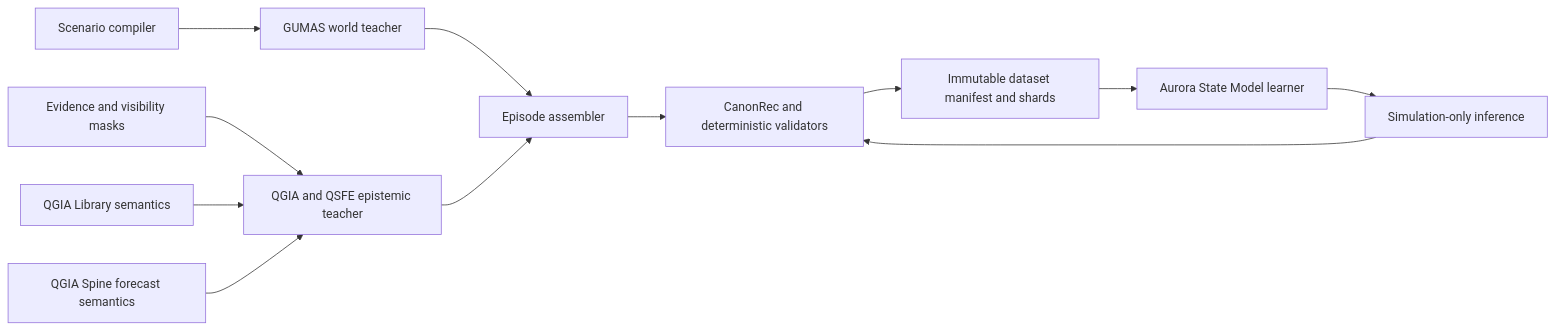
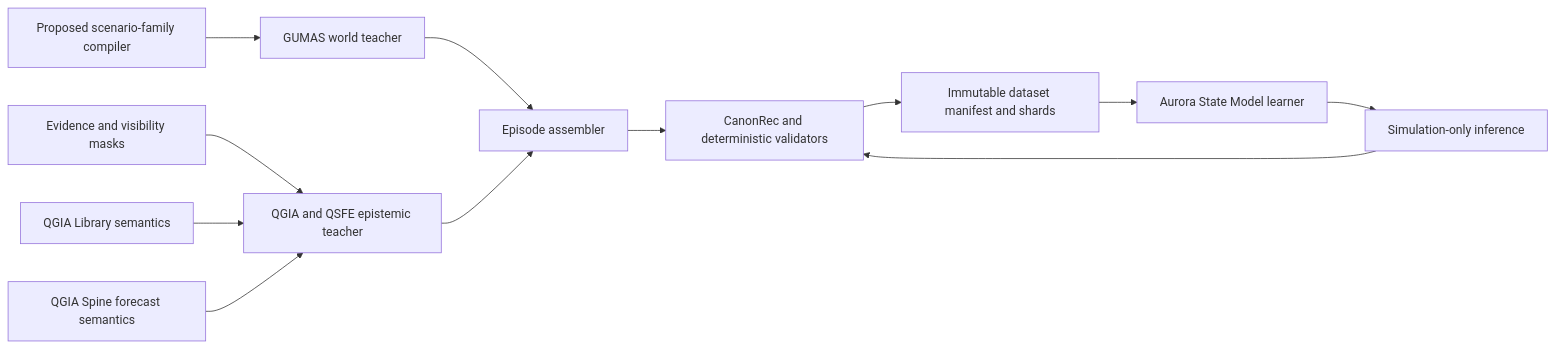
Before and after one commit to AUo959/Aurora_ORIONCORE_Directory_Main: the diagram in docs/AURORA_STATE_MODEL_WHITE_PAPER_v0_1.md, drawn with Mermaid. The commit also changed other lines of this file and 12 other files, not shown here.

```diff
--- a/docs/AURORA_STATE_MODEL_WHITE_PAPER_v0_1.md
+++ b/docs/AURORA_STATE_MODEL_WHITE_PAPER_v0_1.md
@@ -154,14 +190,14 @@
 ~~~mermaid
 flowchart LR
-    SC["Scenario compiler"] --> GW["GUMAS world teacher"]
+    SC["Proposed scenario-family compiler"] --> GW["GUMAS world teacher"]
     EM["Evidence and visibility masks"] --> QE["QGIA and QSFE epistemic teacher"]
     QL["QGIA Library semantics"] --> QE
     QS["QGIA Spine forecast semantics"] --> QE
     GW --> EA["Episode assembler"]
     QE --> EA
     EA --> CV["CanonRec and deterministic validators"]
     CV --> DS["Immutable dataset manifest and shards"]
     DS --> LM["Aurora State Model learner"]
     LM --> SI["Simulation-only inference"]
     SI --> CV
 ~~~
```
